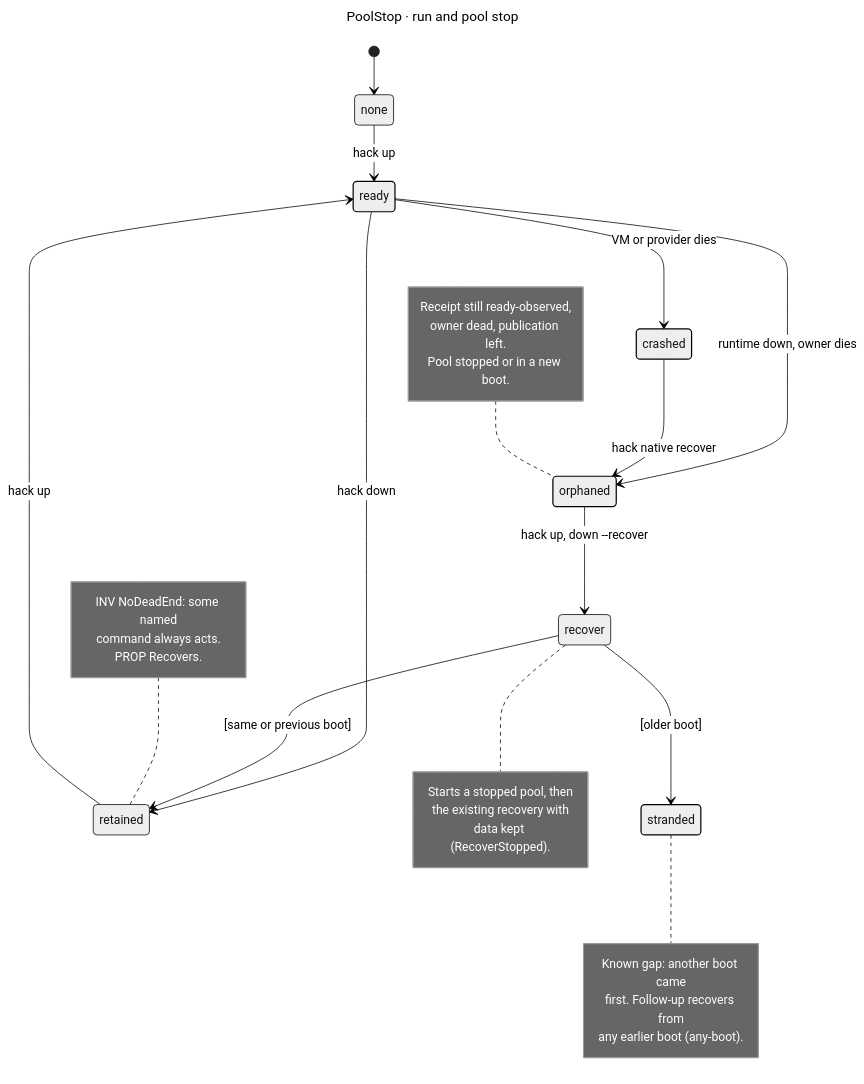
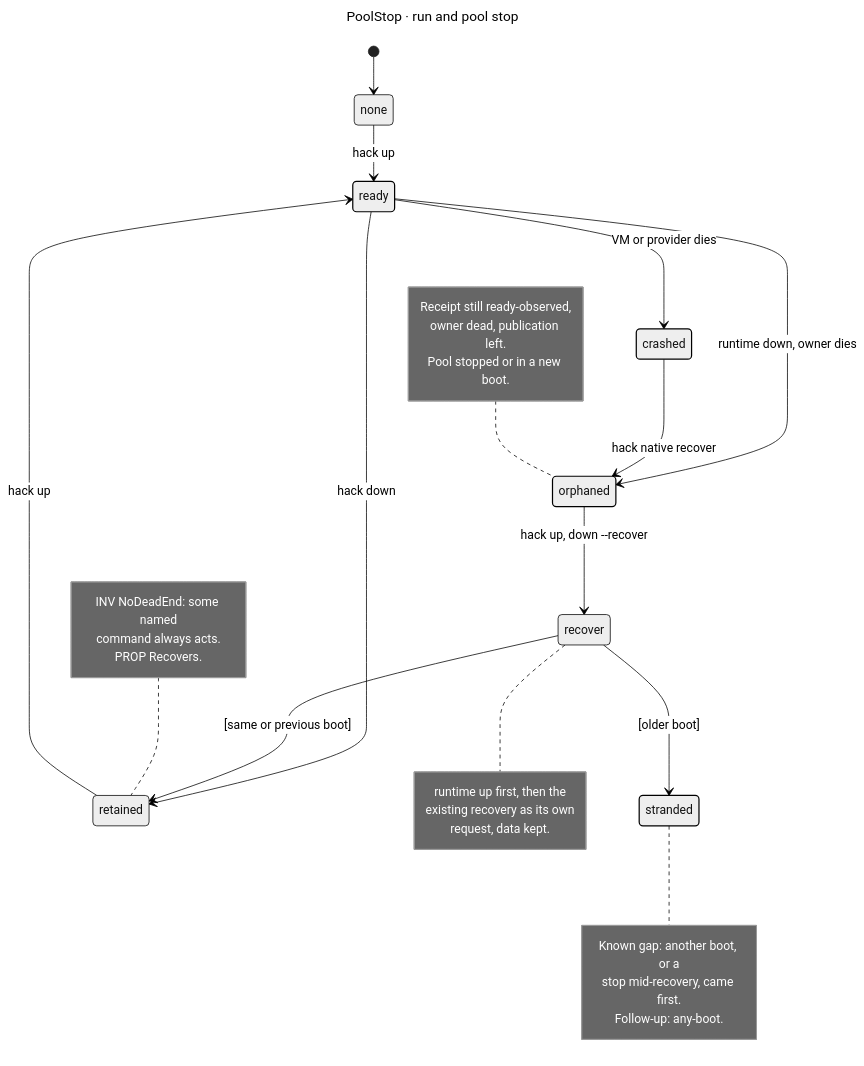
The diagram in docs/diagrams/native-pool-stop.mmd (hack-dance/hack), drawn with Mermaid (neutral theme) before and after one commit. The commit also changed 17 other files, not shown here.

First line of the commit message:
fix(native): start a stopped pool only for a run recovery will accept; model recovery as two requests (HACK-2456)

```diff
--- a/docs/diagrams/native-pool-stop.mmd
+++ b/docs/diagrams/native-pool-stop.mmd
@@ -1,46 +1,46 @@
 ---
 title: PoolStop · run and pool stop
 ---
 stateDiagram-v2
     direction TB
     classDef ok stroke-width:1.6px
     classDef wait stroke-width:1.6px
     classDef fail stroke-width:1.6px
 
     [*] --> none
     none --> ready : hack up
     retained --> ready : hack up
     ready --> retained : hack down
     ready --> orphaned : runtime down, owner dies
     ready --> crashed : VM or provider dies
     crashed --> orphaned : hack native recover
     orphaned --> recover : hack up, down --recover
     state recover <<choice>>
     recover --> retained : [same or previous boot]
     recover --> stranded : [older boot]
 
     note left of orphaned
         Receipt still ready-observed,
         owner dead, publication left.
         Pool stopped or in a new boot.
     end note
     note right of recover
-        Starts a stopped pool, then
-        the existing recovery with
-        data kept (RecoverStopped).
+        runtime up first, then the
+        existing recovery as its own
+        request, data kept.
     end note
     note right of stranded
-        Known gap: another boot came
-        first. Follow-up recovers from
-        any earlier boot (any-boot).
+        Known gap: another boot, or a
+        stop mid-recovery, came first.
+        Follow-up: any-boot.
     end note
     note left of retained
         INV NoDeadEnd: some named
         command always acts.
         PROP Recovers.
     end note
 
     class ready ok
     class orphaned wait
     class crashed wait
     class stranded fail
```
